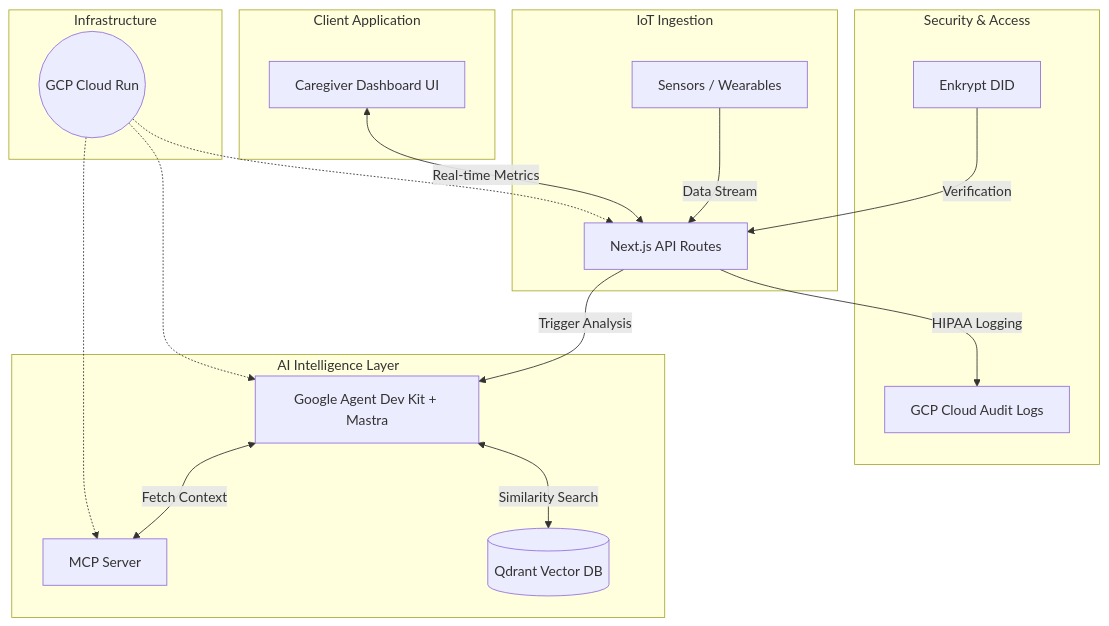
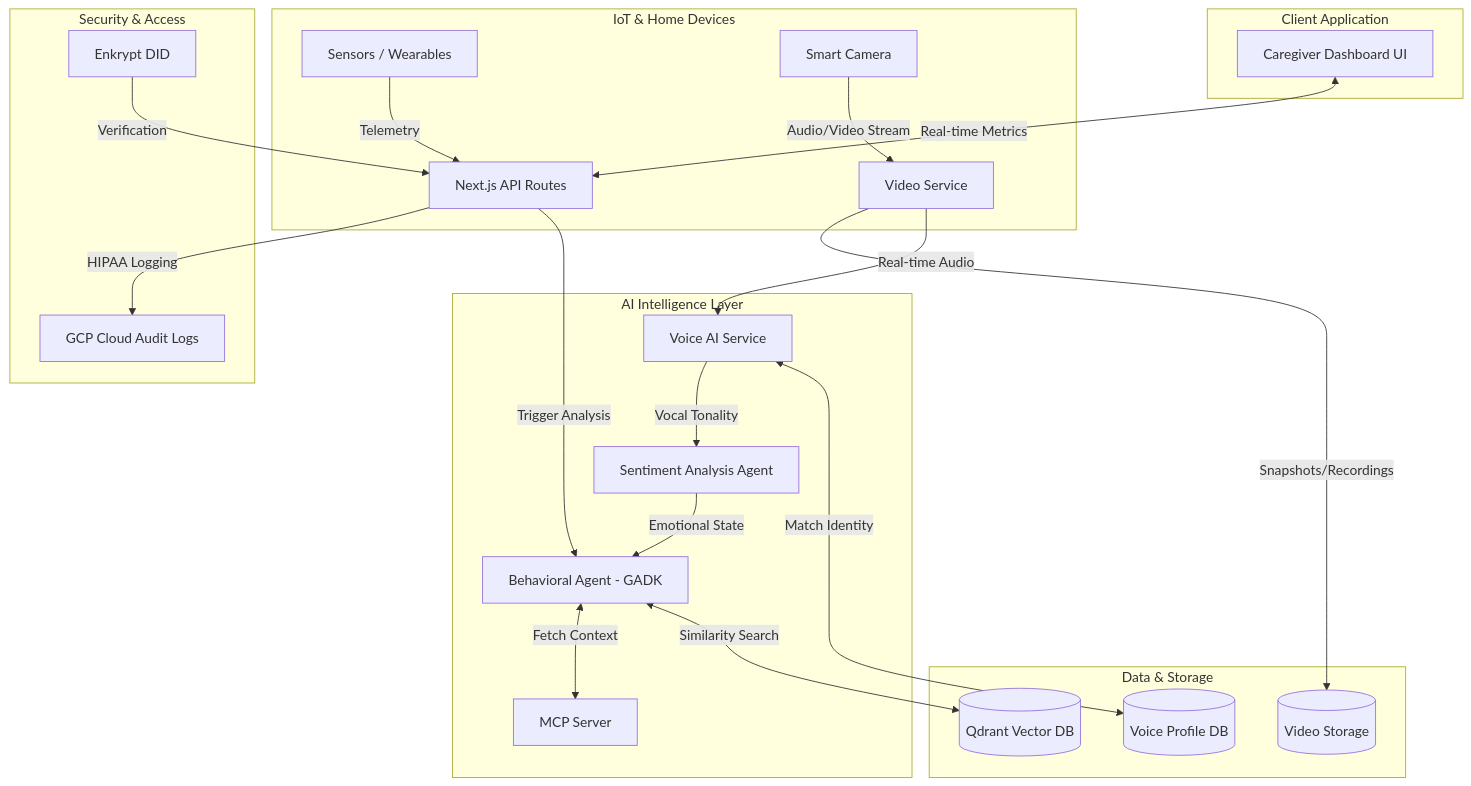
The diagram in ARCHITECTURE.md (rockerspace/AuraCare-AI), drawn with Mermaid before and after one commit. The commit also changed other lines of this file and 4 other files, not shown here.

Commit message:
feat: phase 7 multimodal intelligence with voice AI and sentiment analysis

````diff
--- a/ARCHITECTURE.md
+++ b/ARCHITECTURE.md
@@ -8,28 +8,32 @@
 ```mermaid
 graph TD
-    subgraph IoT Ingestion
-        S[Sensors / Wearables] -->|Data Stream| API[Next.js API Routes]
+    subgraph IoT & Home Devices
+        S[Sensors / Wearables] -->|Telemetry| API[Next.js API Routes]
+        Cam[Smart Camera] -->|Audio/Video Stream| VideoSvc[Video Service]
     end
 
     subgraph Security & Access
         Auth[Enkrypt DID] -->|Verification| API
         API -->|HIPAA Logging| Audit[GCP Cloud Audit Logs]
     end
 
+    subgraph Data & Storage
+        VideoSvc -->|Snapshots/Recordings| VStore[(Video Storage)]
+        VoiceProfile[(Voice Profile DB)]
+        Qdrant[(Qdrant Vector DB)]
+    end
+
     subgraph AI Intelligence Layer
-        API -->|Trigger Analysis| GADK[Google Agent Dev Kit + Mastra]
+        VideoSvc -->|Real-time Audio| VoiceAI[Voice AI Service]
+        VoiceAI -->|Vocal Tonality| Sentiment[Sentiment Analysis Agent]
+        Sentiment -->|Emotional State| GADK[Behavioral Agent - GADK]
+        API -->|Trigger Analysis| GADK
         GADK <-->|Fetch Context| MCP[MCP Server]
-        GADK <-->|Similarity Search| Qdrant[(Qdrant Vector DB)]
+        GADK <-->|Similarity Search| Qdrant
+        VoiceAI <-->|Match Identity| VoiceProfile
     end
     
     subgraph Client Application
         Dashboard[Caregiver Dashboard UI] <-->|Real-time Metrics| API
     end
-
-    subgraph Infrastructure
-        CloudRun((GCP Cloud Run))
-        CloudRun -.-> API
-        CloudRun -.-> GADK
-        CloudRun -.-> MCP
-    end
 ```
````
